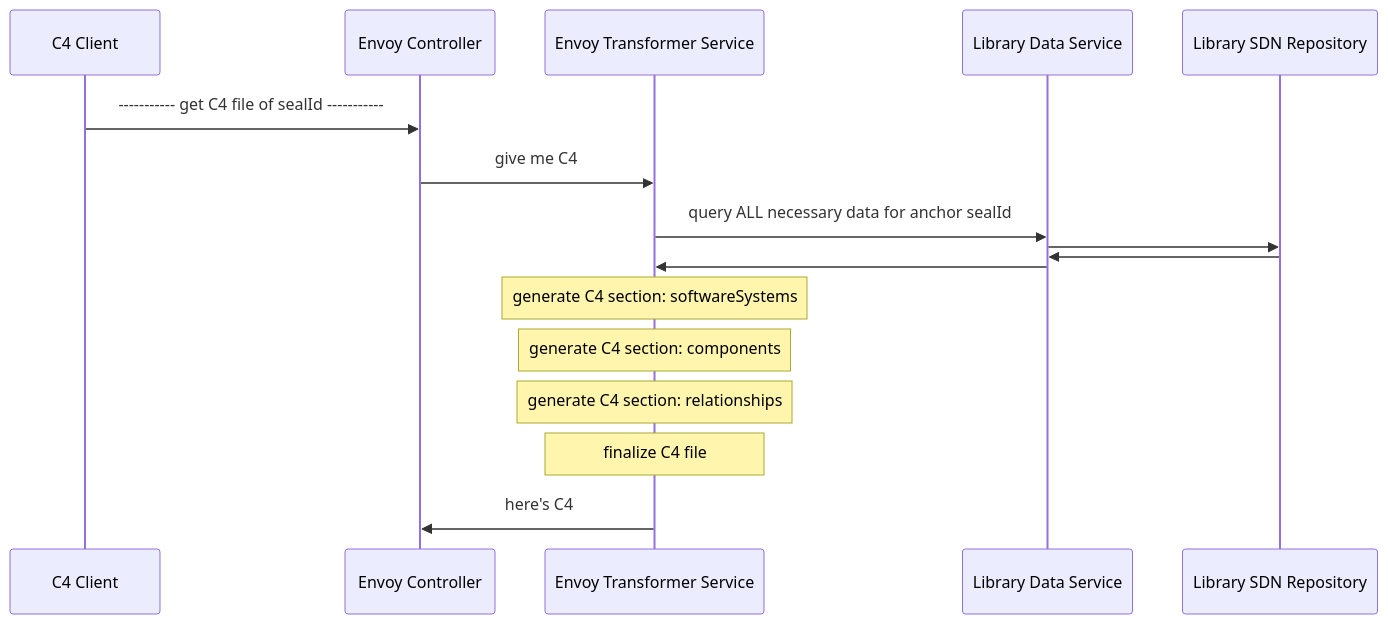
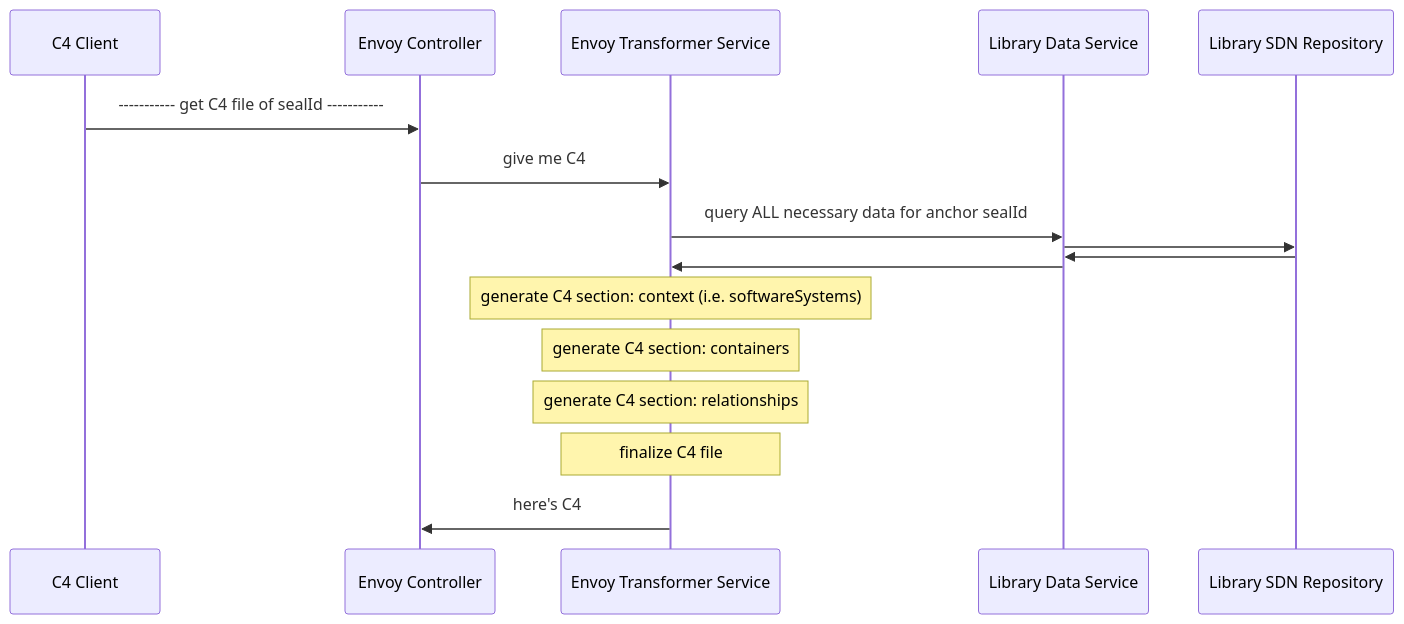
The first of 2 diagrams in README.md (TheRealMarcusChiu/factory-kit-pattern-example), drawn with Mermaid before and after one commit. The commit also changed other lines of this file, not shown here.

````diff
--- a/README.md
+++ b/README.md
@@ -1,23 +1,23 @@
 ```mermaid
 sequenceDiagram
     participant C4 Client
     participant Envoy Controller
     participant Envoy Transformer Service
     participant Library Data Service
     participant Library SDN Repository
     
     C4 Client ->> Envoy Controller: ----------- get C4 file of sealId -----------
     Envoy Controller ->> Envoy Transformer Service: give me C4
 
     Envoy Transformer Service ->> Library Data Service: query ALL necessary data for anchor sealId
     Library Data Service ->> Library SDN Repository: 
     Library SDN Repository ->> Library Data Service: 
     Library Data Service ->> Envoy Transformer Service: 
 
-    Note over Envoy Transformer Service: generate C4 section: softwareSystems
-    Note over Envoy Transformer Service: generate C4 section: components
+    Note over Envoy Transformer Service: generate C4 section: context (i.e. softwareSystems)
+    Note over Envoy Transformer Service: generate C4 section: containers
     Note over Envoy Transformer Service: generate C4 section: relationships
     Note over Envoy Transformer Service: finalize C4 file
     
     Envoy Transformer Service ->> Envoy Controller: here's C4
 ```
````
